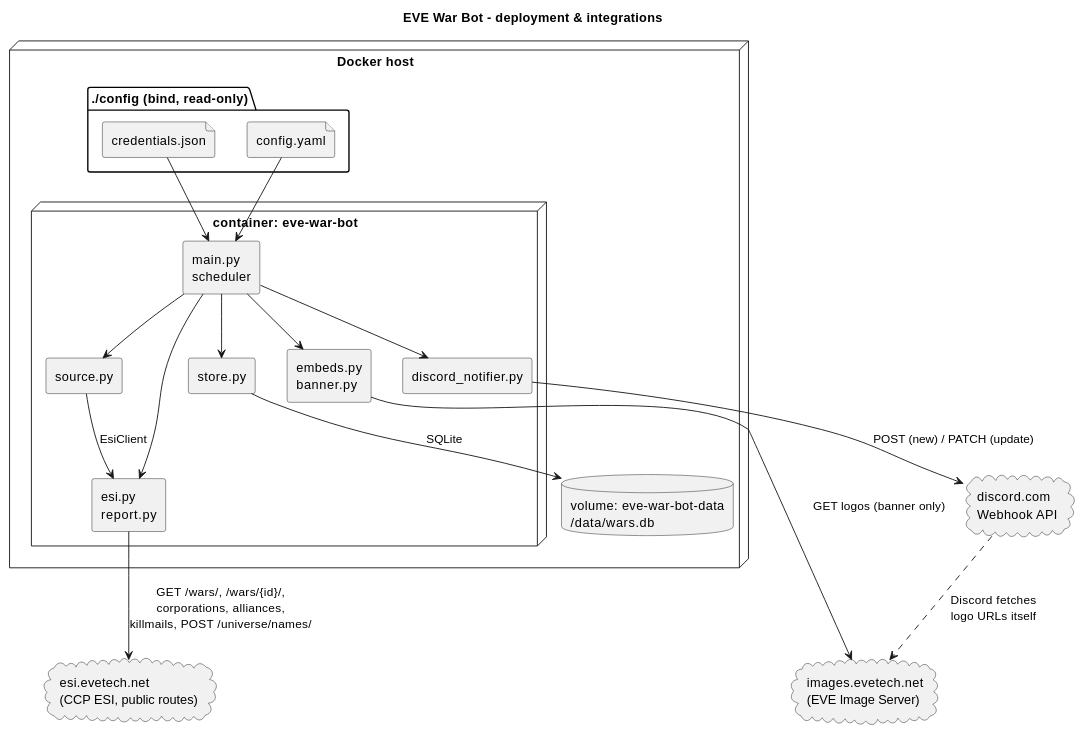
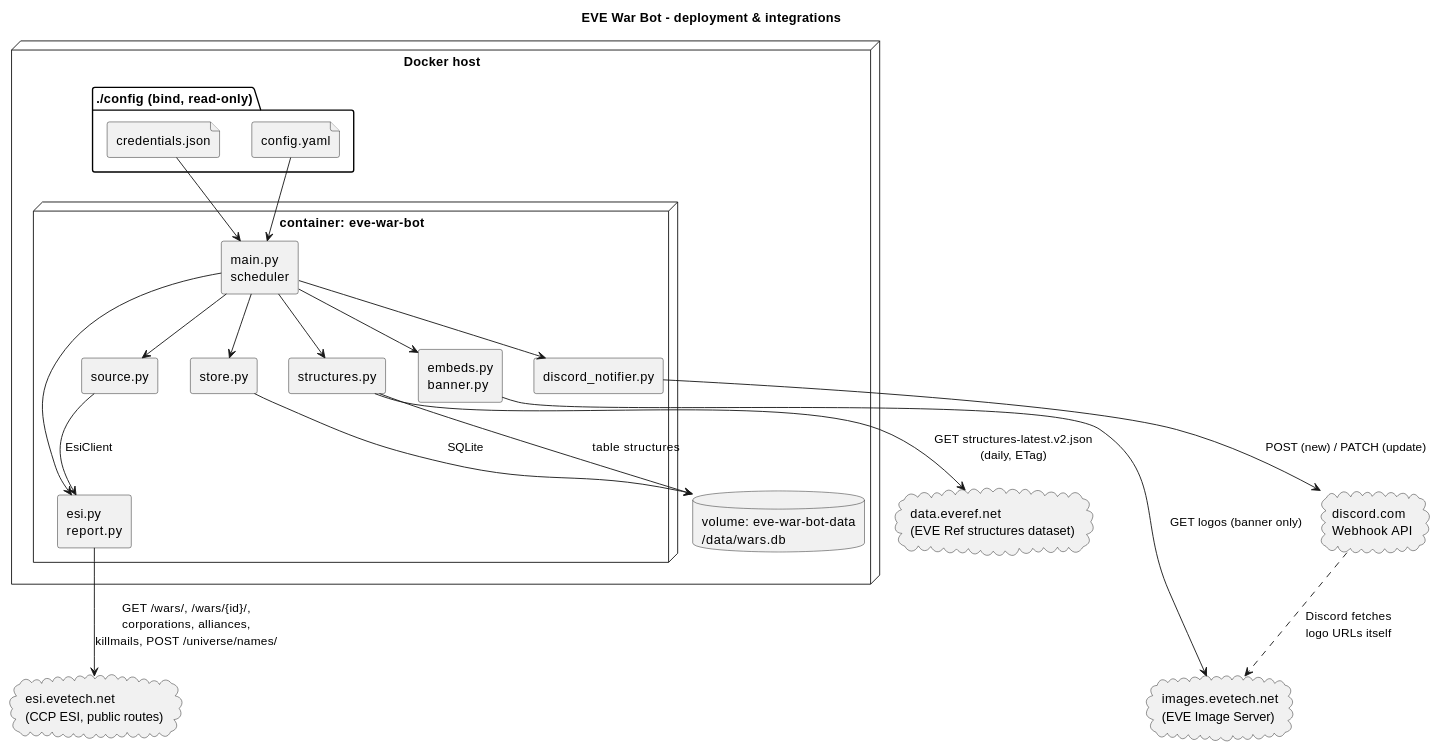
One commit to Headruner/eve-war-bot changed the first of 6 diagrams in README.md. Above: the diagram before and after it, drawn with PlantUML. The commit also changed other lines of this file and 52 other files, not shown here.

````diff
--- a/README.md
+++ b/README.md
@@ -111,39 +112,44 @@
 ```plantuml
 @startuml
 title EVE War Bot - deployment & integrations
 skinparam componentStyle rectangle
 
 node "Docker host" {
   folder "./config (bind, read-only)" {
     file "credentials.json" as CR
     file "config.yaml" as CF
   }
   node "container: eve-war-bot" {
     component "main.py\nscheduler" as M
     component "source.py" as S
     component "esi.py\nreport.py" as R
     component "store.py" as ST
     component "embeds.py\nbanner.py" as E
+    component "structures.py" as SR
     component "discord_notifier.py" as N
   }
   database "volume: eve-war-bot-data\n/data/wars.db" as DB
 }
 cloud "esi.evetech.net\n(CCP ESI, public routes)" as ESI
 cloud "images.evetech.net\n(EVE Image Server)" as IMG
+cloud "data.everef.net\n(EVE Ref structures dataset)" as REF
 cloud "discord.com\nWebhook API" as DIS
 
 CR --> M
 CF --> M
 M --> S
 S --> R : EsiClient
 M --> R
 R --> ESI : GET /wars/, /wars/{id}/,\ncorporations, alliances,\nkillmails, POST /universe/names/
 M --> ST
 ST --> DB : SQLite
+M --> SR
+SR --> REF : GET structures-latest.v2.json\n(daily, ETag)
+SR --> DB : table structures
 M --> E
 E --> IMG : GET logos (banner only)
 M --> N
 N --> DIS : POST (new) / PATCH (update)
 DIS ..> IMG : Discord fetches\nlogo URLs itself
 @enduml
 ```
````
